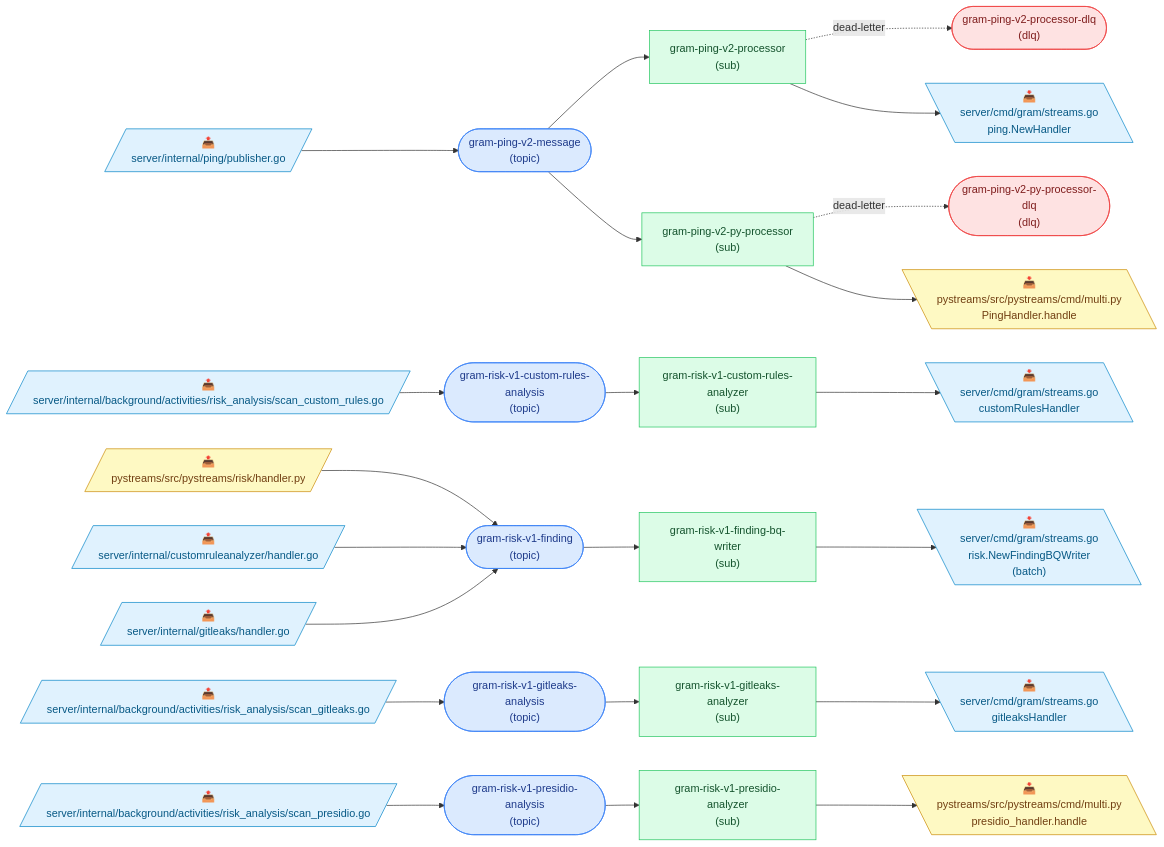
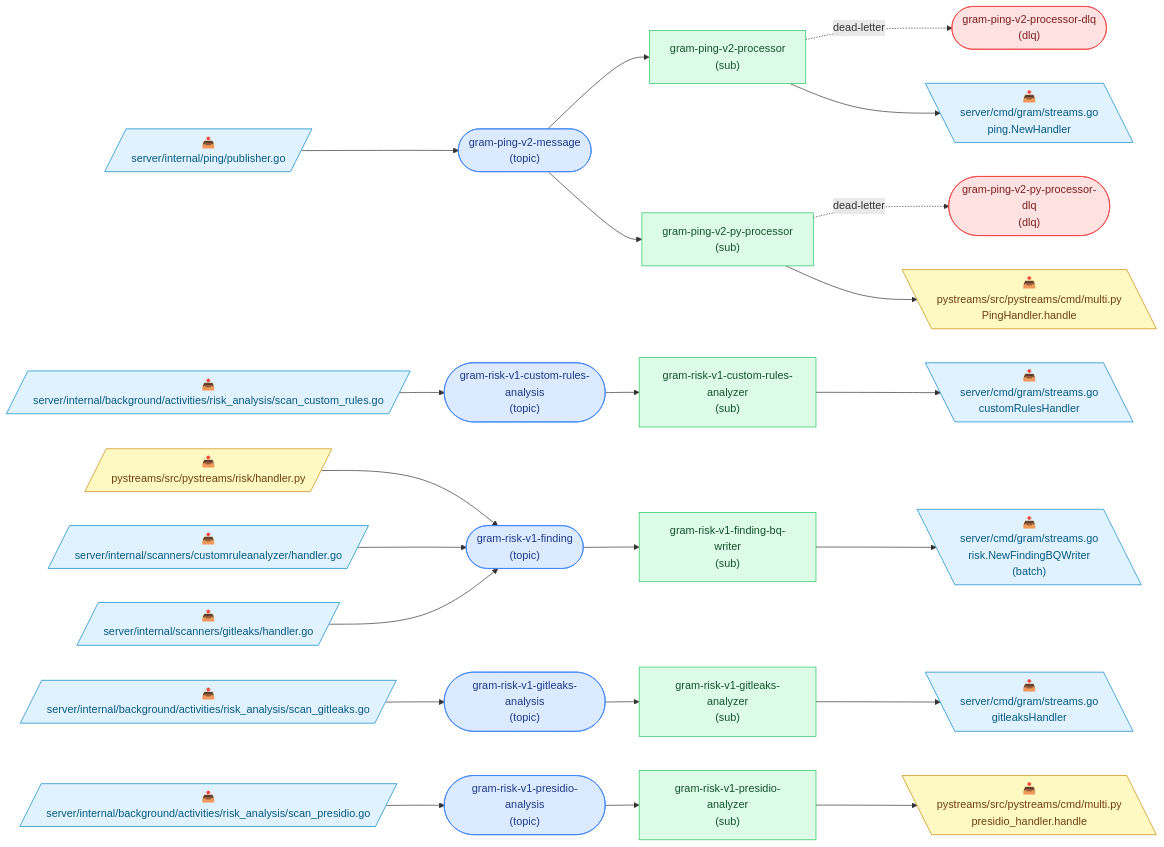
One commit to speakeasy-api/gram changed the diagram in docs/pubsub-topology.md. Above: the diagram before and after it, drawn with Mermaid. The commit also changed other lines of this file and 72 other files, not shown here.

````diff
--- a/docs/pubsub-topology.md
+++ b/docs/pubsub-topology.md
@@ -9,58 +9,58 @@
 ```mermaid
 flowchart LR
   classDef topic fill:#dbeafe,stroke:#3b82f6,color:#1e3a8a;
   classDef dlq fill:#fee2e2,stroke:#ef4444,color:#7f1d1d;
   classDef sub fill:#dcfce7,stroke:#22c55e,color:#14532d;
   classDef go fill:#e0f2fe,stroke:#0284c7,color:#075985;
   classDef python fill:#fef9c3,stroke:#ca8a04,color:#713f12;
   classDef deprecated stroke-dasharray:4 3,opacity:0.55;
 
   t_gram_ping_v2_message(["gram-ping-v2-message<br/>(topic)"]):::topic
   t_gram_ping_v2_processor_dlq(["gram-ping-v2-processor-dlq<br/>(dlq)"]):::dlq
   t_gram_ping_v2_py_processor_dlq(["gram-ping-v2-py-processor-dlq<br/>(dlq)"]):::dlq
   t_gram_risk_v1_custom_rules_analysis(["gram-risk-v1-custom-rules-analysis<br/>(topic)"]):::topic
   t_gram_risk_v1_finding(["gram-risk-v1-finding<br/>(topic)"]):::topic
   t_gram_risk_v1_gitleaks_analysis(["gram-risk-v1-gitleaks-analysis<br/>(topic)"]):::topic
   t_gram_risk_v1_presidio_analysis(["gram-risk-v1-presidio-analysis<br/>(topic)"]):::topic
   s_gram_ping_v2_processor["gram-ping-v2-processor<br/>(sub)"]:::sub
   s_gram_ping_v2_py_processor["gram-ping-v2-py-processor<br/>(sub)"]:::sub
   s_gram_risk_v1_custom_rules_analyzer["gram-risk-v1-custom-rules-analyzer<br/>(sub)"]:::sub
   s_gram_risk_v1_finding_bq_writer["gram-risk-v1-finding-bq-writer<br/>(sub)"]:::sub
   s_gram_risk_v1_gitleaks_analyzer["gram-risk-v1-gitleaks-analyzer<br/>(sub)"]:::sub
   s_gram_risk_v1_presidio_analyzer["gram-risk-v1-presidio-analyzer<br/>(sub)"]:::sub
 
   p0[/"📤<br/>server/internal/ping/publisher.go"/]:::go
   p0 --> t_gram_ping_v2_message
   p1[/"📤<br/>server/internal/background/activities/risk_analysis/scan_custom_rules.go"/]:::go
   p1 --> t_gram_risk_v1_custom_rules_analysis
   p2[/"📤<br/>pystreams/src/pystreams/risk/handler.py"/]:::python
   p2 --> t_gram_risk_v1_finding
-  p3[/"📤<br/>server/internal/customruleanalyzer/handler.go"/]:::go
+  p3[/"📤<br/>server/internal/scanners/customruleanalyzer/handler.go"/]:::go
   p3 --> t_gram_risk_v1_finding
-  p4[/"📤<br/>server/internal/gitleaks/handler.go"/]:::go
+  p4[/"📤<br/>server/internal/scanners/gitleaks/handler.go"/]:::go
   p4 --> t_gram_risk_v1_finding
   p5[/"📤<br/>server/internal/background/activities/risk_analysis/scan_gitleaks.go"/]:::go
   p5 --> t_gram_risk_v1_gitleaks_analysis
   p6[/"📤<br/>server/internal/background/activities/risk_analysis/scan_presidio.go"/]:::go
   p6 --> t_gram_risk_v1_presidio_analysis
   t_gram_ping_v2_message --> s_gram_ping_v2_processor
   s_gram_ping_v2_processor -. dead-letter .-> t_gram_ping_v2_processor_dlq
   t_gram_ping_v2_message --> s_gram_ping_v2_py_processor
   s_gram_ping_v2_py_processor -. dead-letter .-> t_gram_ping_v2_py_processor_dlq
   t_gram_risk_v1_custom_rules_analysis --> s_gram_risk_v1_custom_rules_analyzer
   t_gram_risk_v1_finding --> s_gram_risk_v1_finding_bq_writer
   t_gram_risk_v1_gitleaks_analysis --> s_gram_risk_v1_gitleaks_analyzer
   t_gram_risk_v1_presidio_analysis --> s_gram_risk_v1_presidio_analyzer
   c7[\"📥<br/>server/cmd/gram/streams.go<br/>ping.NewHandler"\]:::go
   s_gram_ping_v2_processor --> c7
   c8[\"📥<br/>pystreams/src/pystreams/cmd/multi.py<br/>PingHandler.handle"\]:::python
   s_gram_ping_v2_py_processor --> c8
   c9[\"📥<br/>server/cmd/gram/streams.go<br/>customRulesHandler"\]:::go
   s_gram_risk_v1_custom_rules_analyzer --> c9
   c10[\"📥<br/>server/cmd/gram/streams.go<br/>risk.NewFindingBQWriter<br/>(batch)"\]:::go
   s_gram_risk_v1_finding_bq_writer --> c10
   c11[\"📥<br/>server/cmd/gram/streams.go<br/>gitleaksHandler"\]:::go
   s_gram_risk_v1_gitleaks_analyzer --> c11
   c12[\"📥<br/>pystreams/src/pystreams/cmd/multi.py<br/>presidio_handler.handle"\]:::python
   s_gram_risk_v1_presidio_analyzer --> c12
 ```
````
